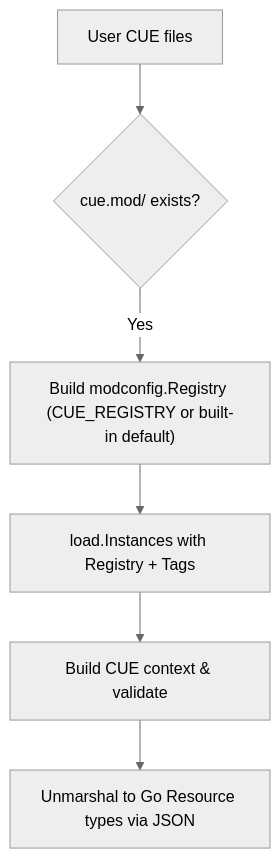
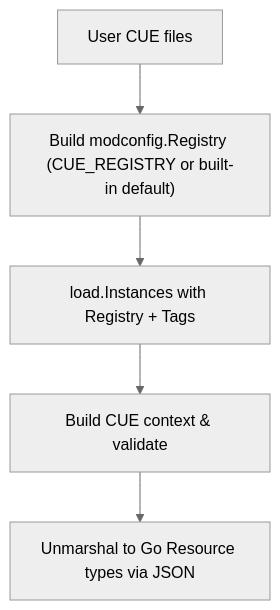
The first of 4 diagrams in docs/architecture.md (terassyi/tomei), drawn with Mermaid (neutral theme) before and after one commit. The commit also changed other lines of this file and 52 other files, not shown here.

First line of the commit message:
feat: migrate to CUE module ecosystem with OCI registry

````diff
--- a/docs/architecture.md
+++ b/docs/architecture.md
@@ -25,8 +9,7 @@
 ```mermaid
 flowchart TD
-    A[User CUE files] --> B{cue.mod/ exists?}
-    B -- Yes --> C["Build modconfig.Registry (CUE_REGISTRY or built-in default)"]
-    C --> D["load.Instances with Registry + Tags"]
-    D --> E[Build CUE context & validate]
-    E --> F[Unmarshal to Go Resource types via JSON]
+    A[User CUE files] --> B["Build modconfig.Registry (CUE_REGISTRY or built-in default)"]
+    B --> C["load.Instances with Registry + Tags"]
+    C --> D[Build CUE context & validate]
+    D --> E[Unmarshal to Go Resource types via JSON]
 ```
````
